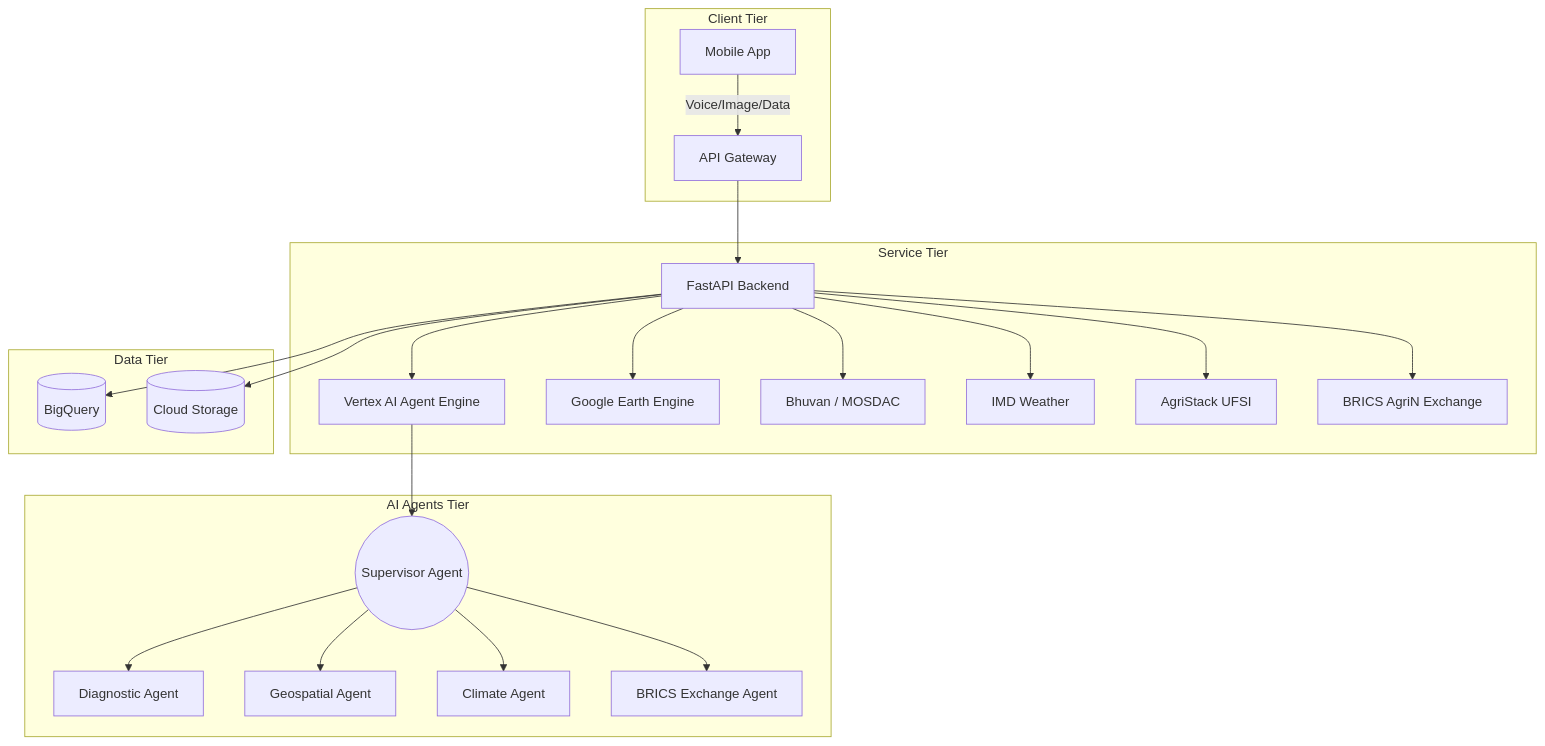
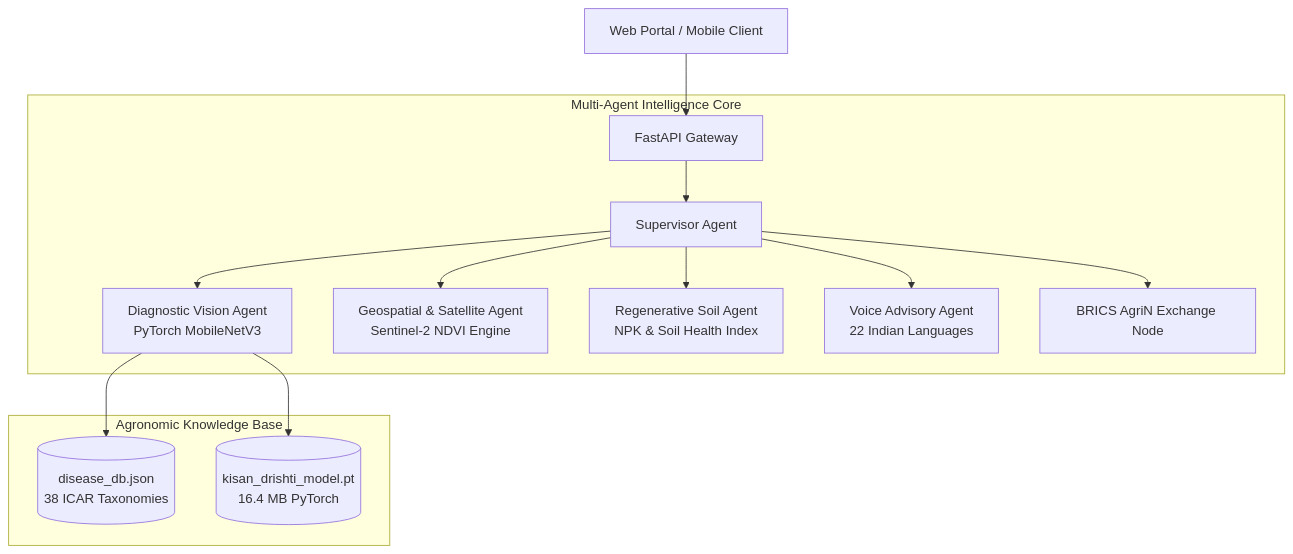
Before and after one commit to sumit11006/KisanDrishti-VisionNet: the second of 2 diagrams in README.md, drawn with Mermaid. The commit also changed other lines of this file, not shown here.

Commit message:
docs: revamp README with comprehensive KisanDrishti-VisionNet specifications

````diff
--- a/README.md
+++ b/README.md
@@ -61,31 +113,18 @@
 ```mermaid
 graph TD
-    subgraph Client Tier
-        MA[Mobile App] --> |Voice/Image/Data| AG[API Gateway]
-    end
-
-    subgraph Service Tier
-        AG --> FA[FastAPI Backend]
-        
-        FA --> VAE[Vertex AI Agent Engine]
-        
-        FA --> GEE[Google Earth Engine]
-        FA --> BHM[Bhuvan / MOSDAC]
-        FA --> IMD[IMD Weather]
-        FA --> UFSI[AgriStack UFSI]
-        FA --> BAE[BRICS AgriN Exchange]
+    Client[Web Portal / Mobile Client] --> API[FastAPI Gateway]
+    
+    subgraph Multi-Agent Intelligence Core
+        API --> Supervisor[Supervisor Agent]
+        Supervisor --> VisionAgent[Diagnostic Vision Agent<br/>PyTorch MobileNetV3]
+        Supervisor --> GeoAgent[Geospatial & Satellite Agent<br/>Sentinel-2 NDVI Engine]
+        Supervisor --> SoilAgent[Regenerative Soil Agent<br/>NPK & Soil Health Index]
+        Supervisor --> VoiceAgent[Voice Advisory Agent<br/>22 Indian Languages]
+        Supervisor --> BRICSAgent[BRICS AgriN Exchange Node]
     end
     
-    subgraph AI Agents Tier
-        VAE --> SA((Supervisor Agent))
-        SA --> DA[Diagnostic Agent]
-        SA --> GA[Geospatial Agent]
-        SA --> CA[Climate Agent]
-        SA --> BEA[BRICS Exchange Agent]
-    end
-
-    subgraph Data Tier
-        FA --> BQ[(BigQuery)]
-        FA --> CS[(Cloud Storage)]
+    subgraph Agronomic Knowledge Base
+        VisionAgent --> DB[(disease_db.json<br/>38 ICAR Taxonomies)]
+        VisionAgent --> Weights[(kisan_drishti_model.pt<br/>16.4 MB PyTorch)]
     end
 ```
````
